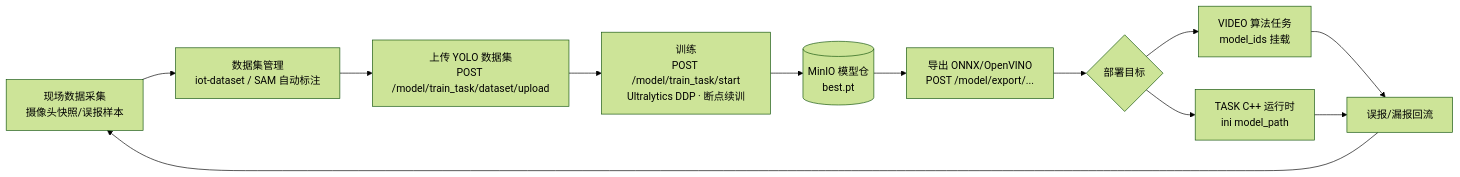
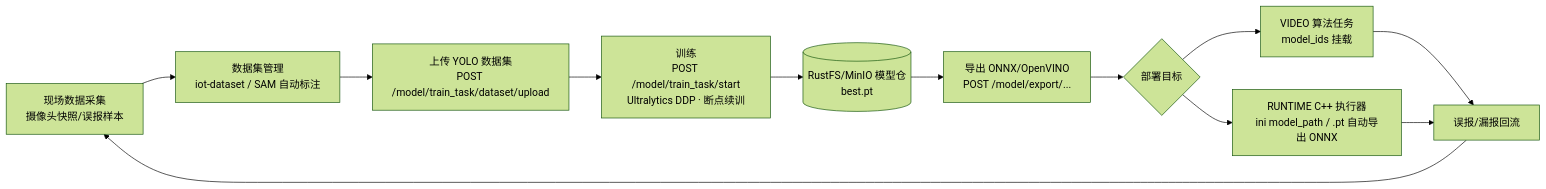
The fifth of 7 diagrams in .doc/架构设计/整体架构详解.md (xinlingzhifei-sh/easyaiot), drawn with Mermaid (forest theme) before and after one commit. The commit also changed other lines of this file and 1 other file, not shown here.

````diff
--- a/.doc/架构设计/整体架构详解.md
+++ b/.doc/架构设计/整体架构详解.md
@@ -177,14 +247,14 @@
 ```mermaid
 flowchart LR
     CAP[现场数据采集<br/>摄像头快照/误报样本] --> LB[数据集管理<br/>iot-dataset / SAM 自动标注]
     LB --> UP[上传 YOLO 数据集<br/>POST /model/train_task/dataset/upload]
     UP --> TR[训练<br/>POST /model/train_task/start<br/>Ultralytics DDP · 断点续训]
-    TR --> MO[(MinIO 模型仓<br/>best.pt)]
+    TR --> MO[(RustFS/MinIO 模型仓<br/>best.pt)]
     MO --> EX[导出 ONNX/OpenVINO<br/>POST /model/export/...]
     EX --> DEP{部署目标}
     DEP --> VID[VIDEO 算法任务<br/>model_ids 挂载]
-    DEP --> TSK[TASK C++ 运行时<br/>ini model_path]
+    DEP --> RTD[RUNTIME C++ 执行器<br/>ini model_path / .pt 自动导出 ONNX]
     VID --> FB[误报/漏报回流]
-    TSK --> FB
+    RTD --> FB
     FB --> CAP
 ```
````
